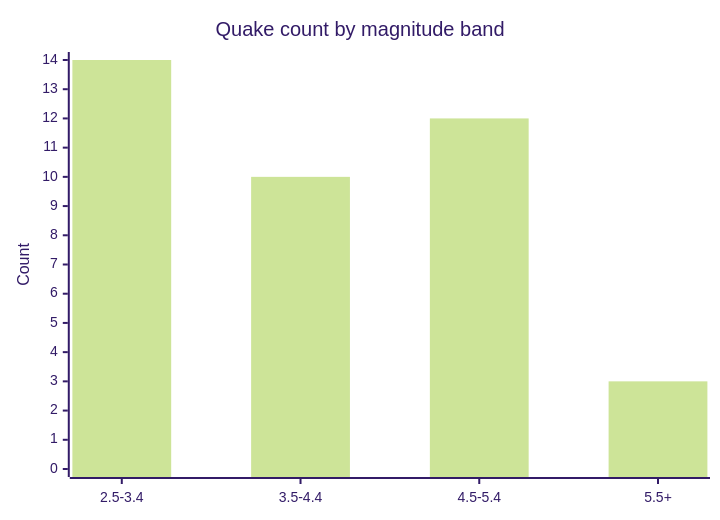
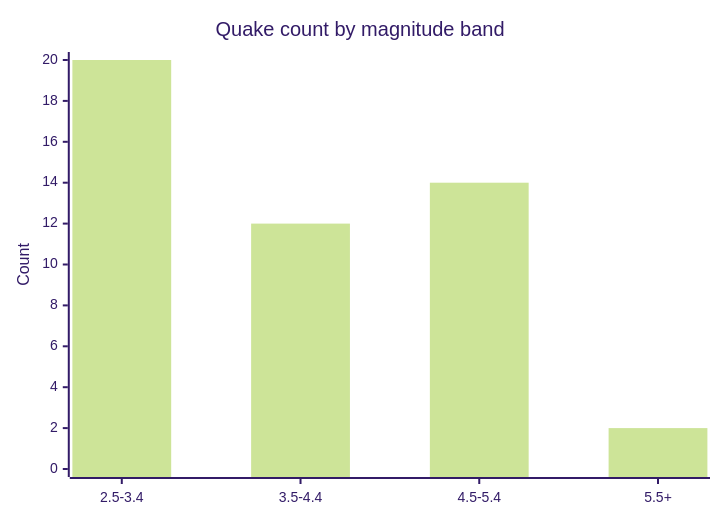
One commit to Midwest-Stratospheric/aerostratospheric-defense-gir changed the fifth of 6 diagrams in docs/GRAPHS.md. Above: the diagram before and after it, drawn with Mermaid (forest theme). The commit also changed other lines of this file and 24 other files, not shown here.

````diff
--- a/docs/GRAPHS.md
+++ b/docs/GRAPHS.md
@@ -82,7 +82,7 @@
 ```mermaid
 xychart-beta
   title "Quake count by magnitude band"
   x-axis ["2.5-3.4", "3.5-4.4", "4.5-5.4", "5.5+"]
-  y-axis "Count" 0 --> 14
-  bar [14, 10, 12, 3]
+  y-axis "Count" 0 --> 20
+  bar [20, 12, 14, 2]
 ```
````
